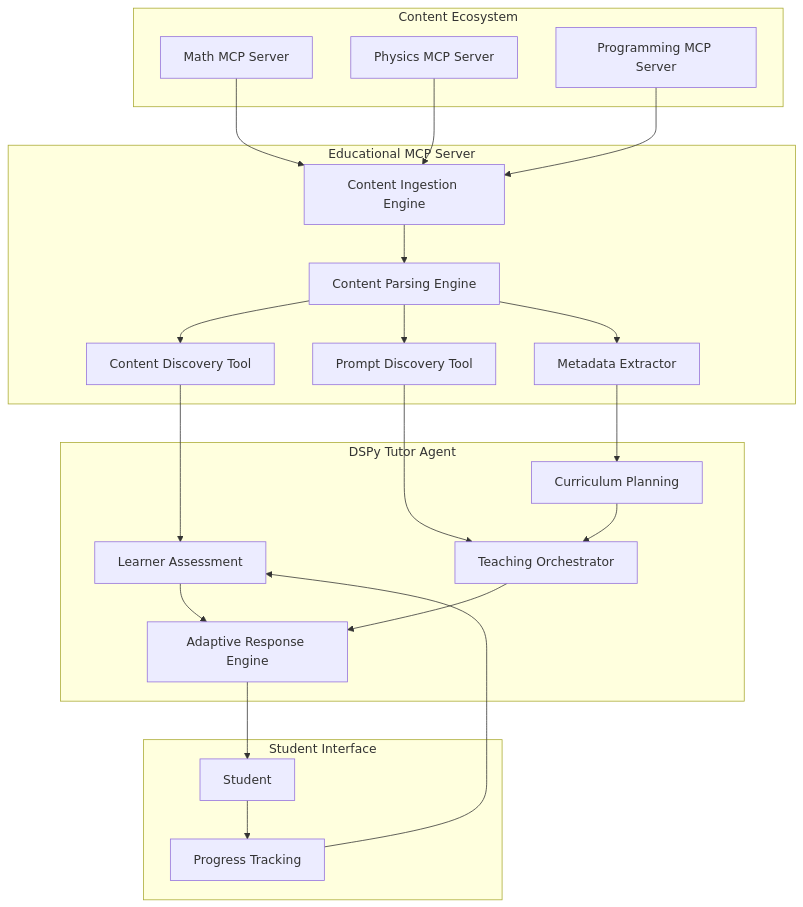
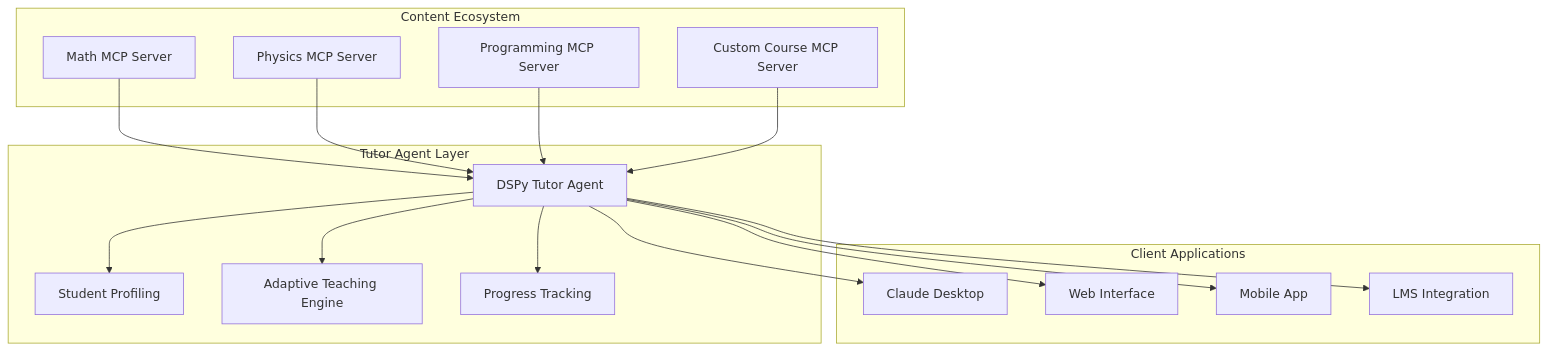
Before and after one commit to moarshy/mcp-tutor: the diagram in docs/0.overall-vision.md, drawn with Mermaid. The commit also changed other lines of this file and 2 other files, not shown here.

First line of the commit message:
Refactor README and documentation for MCP Educational Tutor

````diff
--- a/docs/0.overall-vision.md
+++ b/docs/0.overall-vision.md
@@ -19,49 +19,37 @@
 ```mermaid
 graph TB
     subgraph "Content Ecosystem"
         MCP1[Math MCP Server]
         MCP2[Physics MCP Server] 
         MCP3[Programming MCP Server]
+        MCP4[Custom Course MCP Server]
     end
     
-    subgraph "Educational MCP Server"
-        CI[Content Ingestion Engine]
-        CPE[Content Parsing Engine]
-        CDT[Content Discovery Tool]
-        PDT[Prompt Discovery Tool]
-        Meta[Metadata Extractor]
-    end
-    
-    subgraph "DSPy Tutor Agent"
-        LA[Learner Assessment]
-        CP[Curriculum Planning]
-        TO[Teaching Orchestrator]
-        ARE[Adaptive Response Engine]
-    end
-    
-    subgraph "Student Interface"
-        Student[Student]
+    subgraph "Tutor Agent Layer"
+        Agent[DSPy Tutor Agent]
+        Profile[Student Profiling]
+        Adapt[Adaptive Teaching Engine]
         Progress[Progress Tracking]
     end
     
-    MCP1 --> CI
-    MCP2 --> CI
-    MCP3 --> CI
+    subgraph "Client Applications"
+        Claude[Claude Desktop]
+        Web[Web Interface]
+        Mobile[Mobile App]
+        LMS[LMS Integration]
+    end
     
-    CI --> CPE
-    CPE --> CDT
-    CPE --> PDT
-    CPE --> Meta
+    MCP1 --> Agent
+    MCP2 --> Agent
+    MCP3 --> Agent
+    MCP4 --> Agent
     
-    CDT --> LA
-    PDT --> TO
-    Meta --> CP
+    Agent --> Profile
+    Agent --> Adapt
+    Agent --> Progress
     
-    LA --> ARE
-    CP --> TO
-    TO --> ARE
-    
-    ARE --> Student
-    Student --> Progress
-    Progress --> LA
+    Agent --> Claude
+    Agent --> Web
+    Agent --> Mobile
+    Agent --> LMS
 ```
````
